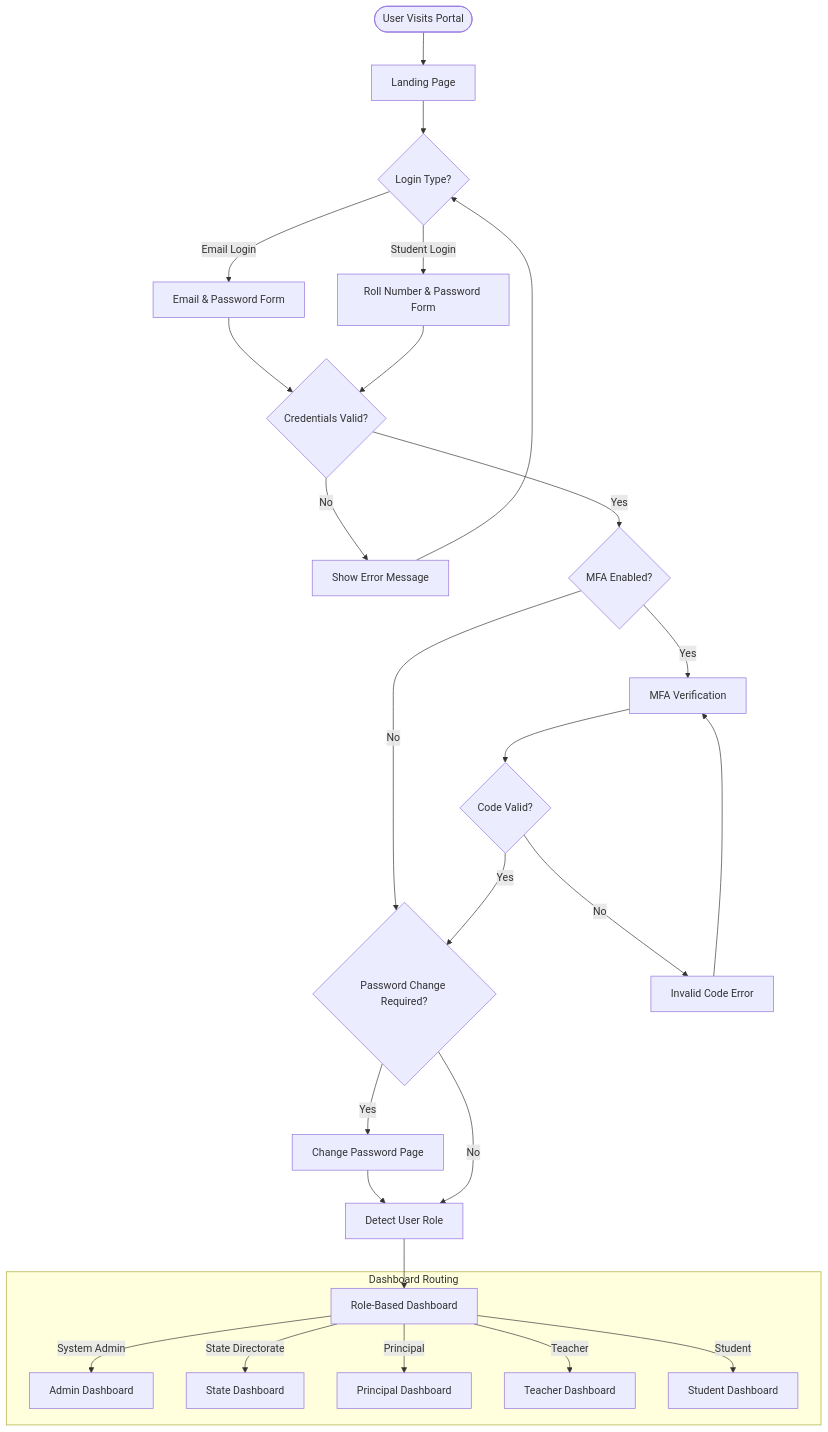
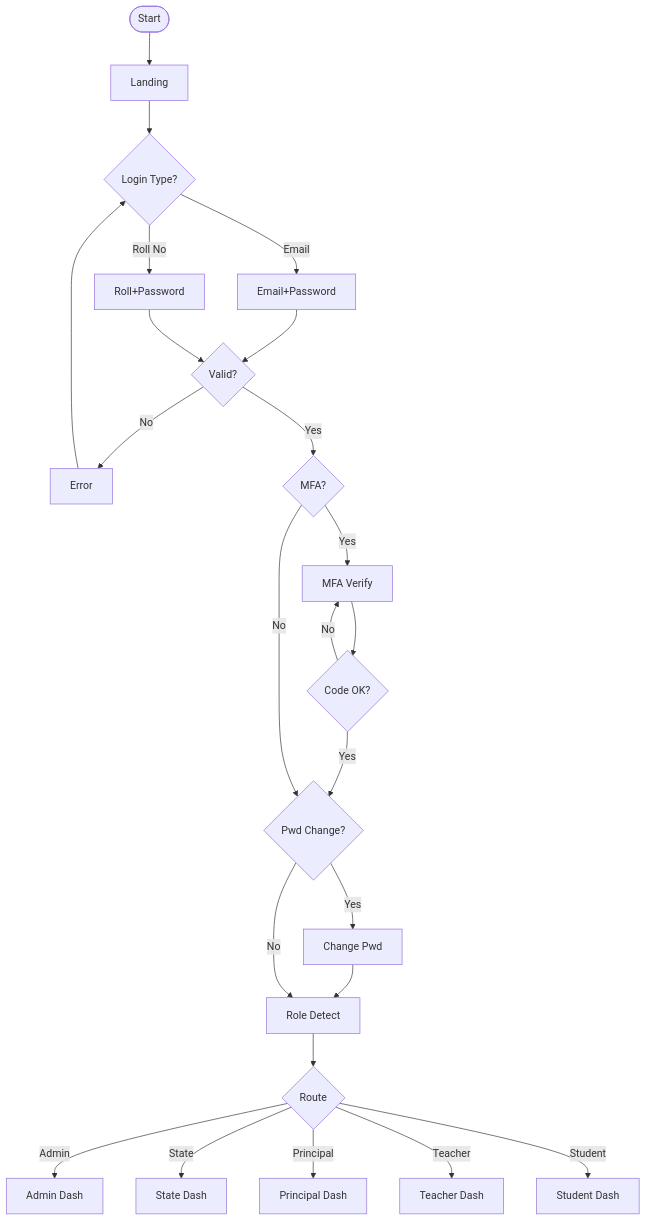
Before and after one commit to gunjangupta-gh/placeintern: the fourth of 58 diagrams in INTERNSHIP_PORTAL_FLOW_DIAGRAMS.md, drawn with Mermaid. The commit also changed other lines of this file and 6 other files, not shown here.

````diff
--- a/INTERNSHIP_PORTAL_FLOW_DIAGRAMS.md
+++ b/INTERNSHIP_PORTAL_FLOW_DIAGRAMS.md
@@ -138,38 +88,20 @@
 ```mermaid
 flowchart TD
-    START([User Visits Portal]) --> LANDING[Landing Page]
-    LANDING --> LOGIN_CHOICE{Login Type?}
-
-    LOGIN_CHOICE --> |Email Login| EMAIL_LOGIN[Email & Password Form]
-    LOGIN_CHOICE --> |Student Login| ROLL_LOGIN[Roll Number & Password Form]
-
-    EMAIL_LOGIN --> VALIDATE{Credentials Valid?}
-    ROLL_LOGIN --> VALIDATE
-
-    VALIDATE --> |No| ERROR[Show Error Message]
-    ERROR --> LOGIN_CHOICE
-
-    VALIDATE --> |Yes| MFA_CHECK{MFA Enabled?}
-
-    MFA_CHECK --> |No| PWD_CHECK{Password Change Required?}
-    MFA_CHECK --> |Yes| MFA_VERIFY[MFA Verification]
-
-    MFA_VERIFY --> MFA_VALID{Code Valid?}
-    MFA_VALID --> |No| MFA_ERROR[Invalid Code Error]
-    MFA_ERROR --> MFA_VERIFY
-    MFA_VALID --> |Yes| PWD_CHECK
-
-    PWD_CHECK --> |Yes| CHANGE_PWD[Change Password Page]
-    CHANGE_PWD --> ROLE_DETECT
-    PWD_CHECK --> |No| ROLE_DETECT[Detect User Role]
-
-    ROLE_DETECT --> DASHBOARD[Role-Based Dashboard]
-
-    subgraph Dashboards["Dashboard Routing"]
-        DASHBOARD --> |System Admin| ADMIN_DASH[Admin Dashboard]
-        DASHBOARD --> |State Directorate| STATE_DASH[State Dashboard]
-        DASHBOARD --> |Principal| PRIN_DASH[Principal Dashboard]
-        DASHBOARD --> |Teacher| TEACH_DASH[Teacher Dashboard]
-        DASHBOARD --> |Student| STU_DASH[Student Dashboard]
-    end
+    A([Start])-->B[Landing]-->C{Login Type?}
+    C-->|Email|D[Email+Password]
+    C-->|Roll No|E[Roll+Password]
+    D & E-->F{Valid?}
+    F-->|No|G[Error]-->C
+    F-->|Yes|H{MFA?}
+    H-->|Yes|I[MFA Verify]-->J{Code OK?}
+    J-->|No|I
+    J-->|Yes|K
+    H-->|No|K{Pwd Change?}
+    K-->|Yes|L[Change Pwd]-->M
+    K-->|No|M[Role Detect]-->N{Route}
+    N-->|Admin|O[Admin Dash]
+    N-->|State|P[State Dash]
+    N-->|Principal|Q[Principal Dash]
+    N-->|Teacher|R[Teacher Dash]
+    N-->|Student|S[Student Dash]
 ```
````
